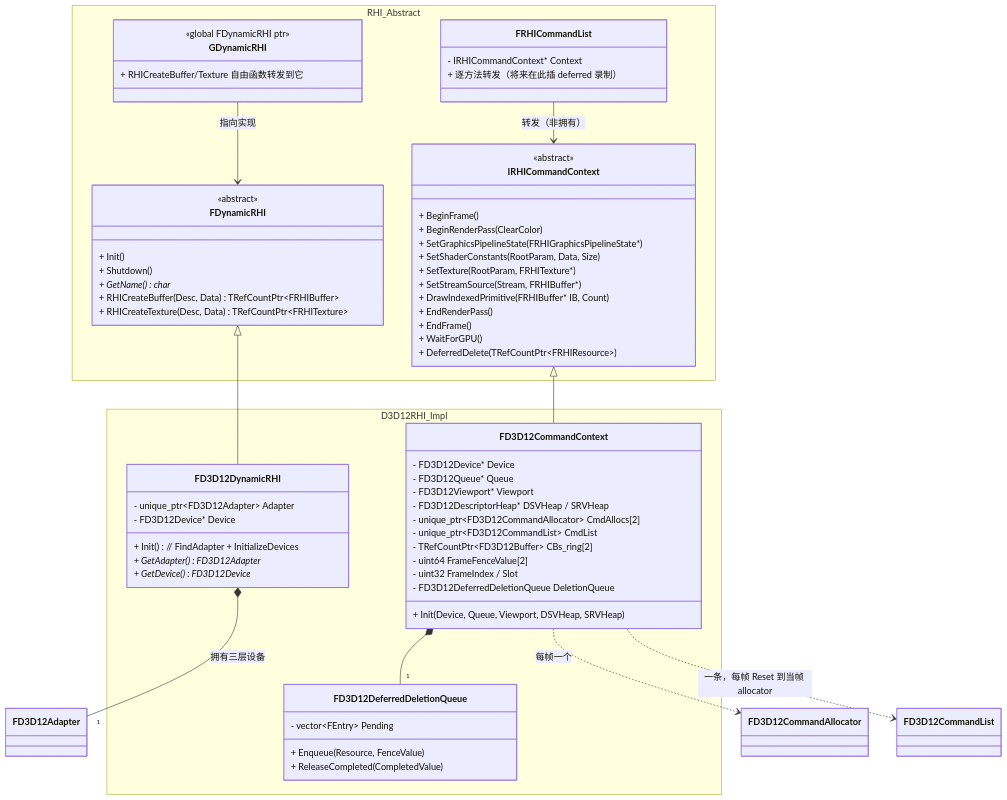
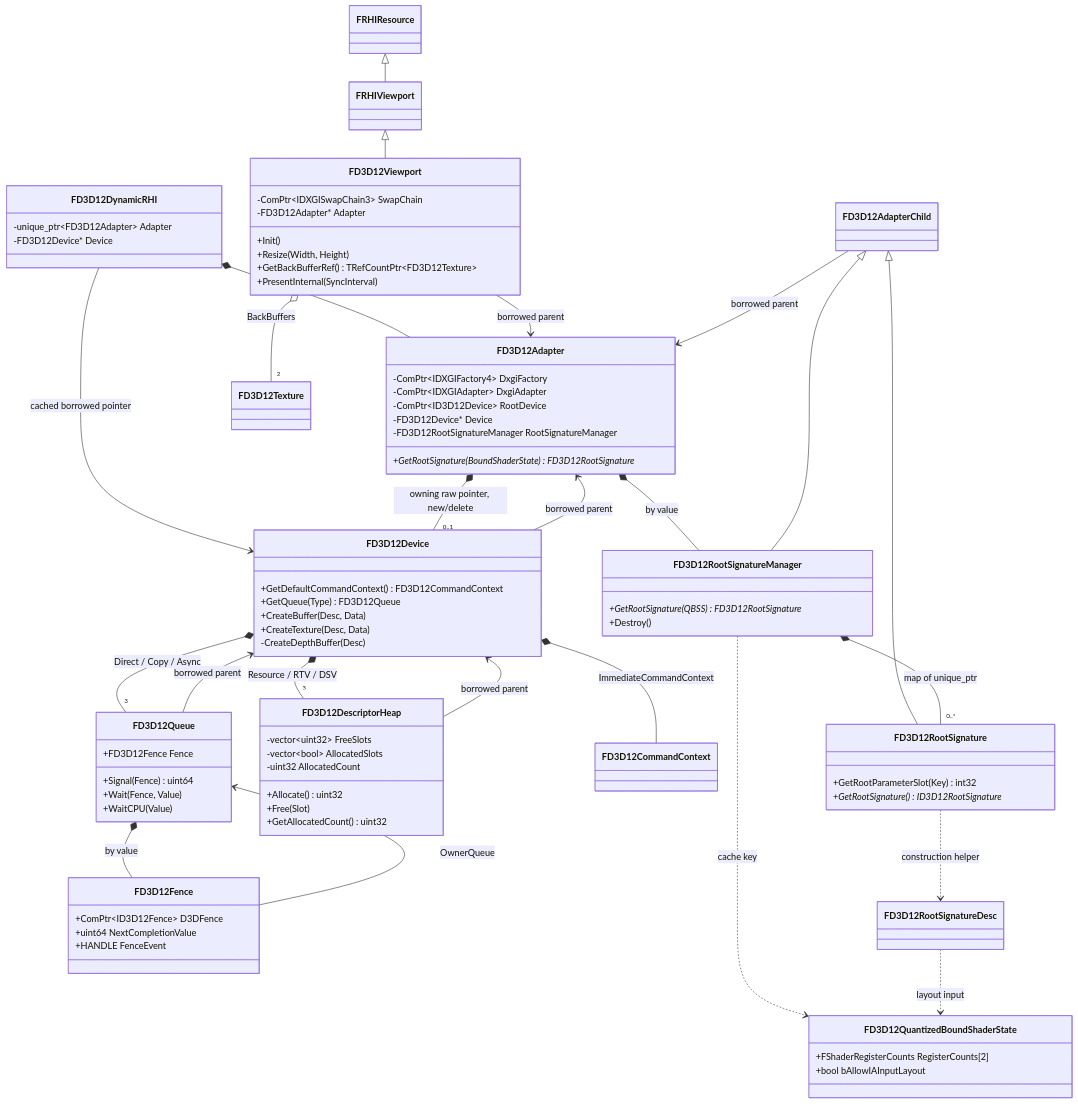
One commit to TailSeries/BaseTestEngine changed the third of 7 diagrams in Source/D3D12RHI_UML.md. Above: the diagram before and after it, drawn with Mermaid. The commit also changed other lines of this file and 8 other files, not shown here.

````diff
--- a/Source/D3D12RHI_UML.md
+++ b/Source/D3D12RHI_UML.md
@@ -119,74 +206,92 @@
 ```mermaid
 classDiagram
 direction TB
-
-namespace RHI_Abstract {
-    class FDynamicRHI {
-        <<abstract>>
-        + Init()
-        + Shutdown()
-        + GetName() char*
-        + RHICreateBuffer(Desc, Data) TRefCountPtr~FRHIBuffer~
-        + RHICreateTexture(Desc, Data) TRefCountPtr~FRHITexture~
-    }
-    class GDynamicRHI {
-        <<global FDynamicRHI ptr>>
-        + RHICreateBuffer/Texture 自由函数转发到它
-    }
-    class IRHICommandContext {
-        <<abstract>>
-        + BeginFrame()
-        + BeginRenderPass(ClearColor)
-        + SetGraphicsPipelineState(FRHIGraphicsPipelineState*)
-        + SetShaderConstants(RootParam, Data, Size)
-        + SetTexture(RootParam, FRHITexture*)
-        + SetStreamSource(Stream, FRHIBuffer*)
-        + DrawIndexedPrimitive(FRHIBuffer* IB, Count)
-        + EndRenderPass()
-        + EndFrame()
-        + WaitForGPU()
-        + DeferredDelete(TRefCountPtr~FRHIResource~)
-    }
-    class FRHICommandList {
-        - IRHICommandContext* Context
-        + 逐方法转发（将来在此插 deferred 录制）
-    }
+class FD3D12DynamicRHI {
+    -unique_ptr~FD3D12Adapter~ Adapter
+    -FD3D12Device* Device
+}
+class FD3D12Adapter {
+    -ComPtr~IDXGIFactory4~ DxgiFactory
+    -ComPtr~IDXGIAdapter~ DxgiAdapter
+    -ComPtr~ID3D12Device~ RootDevice
+    -FD3D12Device* Device
+    -FD3D12RootSignatureManager RootSignatureManager
+    +GetRootSignature(BoundShaderState) FD3D12RootSignature*
+}
+class FD3D12Device {
+    +GetDefaultCommandContext() FD3D12CommandContext
+    +GetQueue(Type) FD3D12Queue
+    +CreateBuffer(Desc, Data)
+    +CreateTexture(Desc, Data)
+    -CreateDepthBuffer(Desc)
+}
+class FD3D12Queue {
+    +FD3D12Fence Fence
+    +Signal(Fence) uint64
+    +Wait(Fence, Value)
+    +WaitCPU(Value)
+}
+class FD3D12Fence {
+    +ComPtr~ID3D12Fence~ D3DFence
+    +uint64 NextCompletionValue
+    +HANDLE FenceEvent
+}
+class FD3D12DescriptorHeap {
+    -vector~uint32~ FreeSlots
+    -vector~bool~ AllocatedSlots
+    -uint32 AllocatedCount
+    +Allocate() uint32
+    +Free(Slot)
+    +GetAllocatedCount() uint32
+}
+class FD3D12CommandContext
+class FRHIResource
+class FRHIViewport
+class FD3D12Viewport {
+    -ComPtr~IDXGISwapChain3~ SwapChain
+    -FD3D12Adapter* Adapter
+    +Init()
+    +Resize(Width, Height)
+    +GetBackBufferRef() TRefCountPtr~FD3D12Texture~
+    +PresentInternal(SyncInterval)
+}
+class FD3D12Texture
+class FD3D12AdapterChild
+class FD3D12RootSignatureManager {
+    +GetRootSignature(QBSS) FD3D12RootSignature*
+    +Destroy()
+}
+class FD3D12QuantizedBoundShaderState {
+    +FShaderRegisterCounts RegisterCounts[2]
+    +bool bAllowIAInputLayout
+}
+class FD3D12RootSignatureDesc
+class FD3D12RootSignature {
+    +GetRootParameterSlot(Key) int32
+    +GetRootSignature() ID3D12RootSignature*
 }
 
-namespace D3D12RHI_Impl {
-    class FD3D12DynamicRHI {
-        - unique_ptr~FD3D12Adapter~ Adapter
-        - FD3D12Device* Device
-        + Init()  // FindAdapter + InitializeDevices
-        + GetAdapter() FD3D12Adapter*
-        + GetDevice() FD3D12Device*
-    }
-    class FD3D12CommandContext {
-        - FD3D12Device* Device
-        - FD3D12Queue* Queue
-        - FD3D12Viewport* Viewport
-        - FD3D12DescriptorHeap* DSVHeap / SRVHeap
-        - unique_ptr~FD3D12CommandAllocator~ CmdAllocs[2]
-        - unique_ptr~FD3D12CommandList~ CmdList
-        - TRefCountPtr~FD3D12Buffer~ CBs_ring[2]
-        - uint64 FrameFenceValue[2]
-        - uint32 FrameIndex / Slot
-        - FD3D12DeferredDeletionQueue DeletionQueue
-        + Init(Device, Queue, Viewport, DSVHeap, SRVHeap)
-    }
-    class FD3D12DeferredDeletionQueue {
-        - vector~FEntry~ Pending
-        + Enqueue(Resource, FenceValue)
-        + ReleaseCompleted(CompletedValue)
-    }
-}
-
-FDynamicRHI <|-- FD3D12DynamicRHI
-IRHICommandContext <|-- FD3D12CommandContext
-FRHICommandList --> IRHICommandContext : 转发（非拥有）
-GDynamicRHI --> FDynamicRHI : 指向实现
-FD3D12CommandContext *-- "1" FD3D12DeferredDeletionQueue
-FD3D12DynamicRHI *-- "1" FD3D12Adapter : 拥有三层设备
-FD3D12CommandContext ..> FD3D12CommandAllocator : 每帧一个
-FD3D12CommandContext ..> FD3D12CommandList : 一条，每帧 Reset 到当帧 allocator
+FD3D12DynamicRHI *-- FD3D12Adapter
+FD3D12DynamicRHI --> FD3D12Device : cached borrowed pointer
+FD3D12Adapter *-- "0..1" FD3D12Device : owning raw pointer, new/delete
+FD3D12Device --> FD3D12Adapter : borrowed parent
+FD3D12Device *-- "3" FD3D12Queue : Direct / Copy / Async
+FD3D12Queue --> FD3D12Device : borrowed parent
+FD3D12Queue *-- FD3D12Fence : by value
+FD3D12Fence --> FD3D12Queue : OwnerQueue
+FD3D12Device *-- "3" FD3D12DescriptorHeap : Resource / RTV / DSV
+FD3D12Device *-- FD3D12CommandContext : ImmediateCommandContext
+FD3D12DescriptorHeap --> FD3D12Device : borrowed parent
+FRHIResource <|-- FRHIViewport
+FRHIViewport <|-- FD3D12Viewport
+FD3D12Viewport --> FD3D12Adapter : borrowed parent
+FD3D12Viewport o-- "2" FD3D12Texture : BackBuffers
+FD3D12Adapter *-- FD3D12RootSignatureManager : by value
+FD3D12AdapterChild <|-- FD3D12RootSignatureManager
+FD3D12AdapterChild <|-- FD3D12RootSignature
+FD3D12AdapterChild --> FD3D12Adapter : borrowed parent
+FD3D12RootSignatureManager *-- "0..*" FD3D12RootSignature : map of unique_ptr
+FD3D12RootSignatureManager ..> FD3D12QuantizedBoundShaderState : cache key
+FD3D12RootSignature ..> FD3D12RootSignatureDesc : construction helper
+FD3D12RootSignatureDesc ..> FD3D12QuantizedBoundShaderState : layout input
 ```
````
